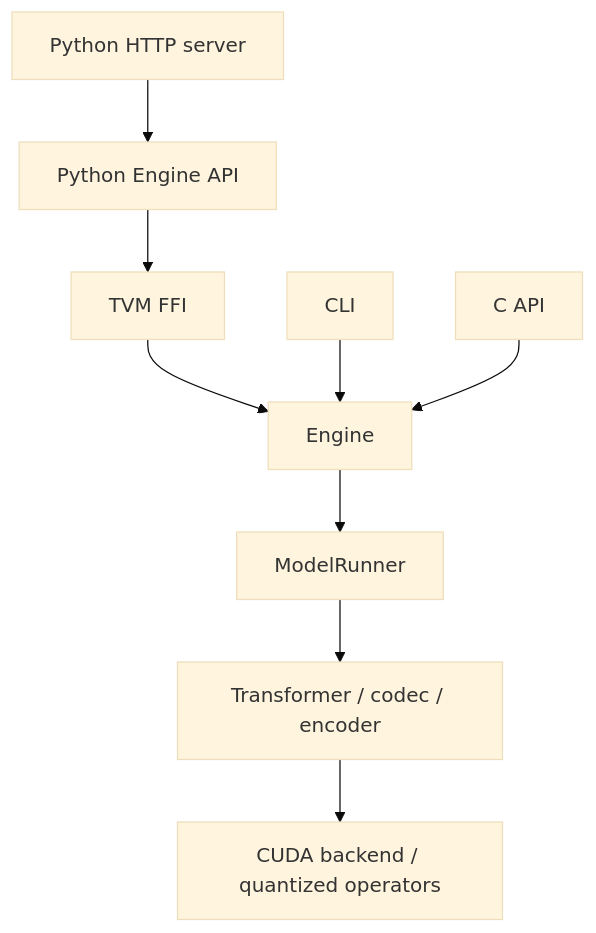
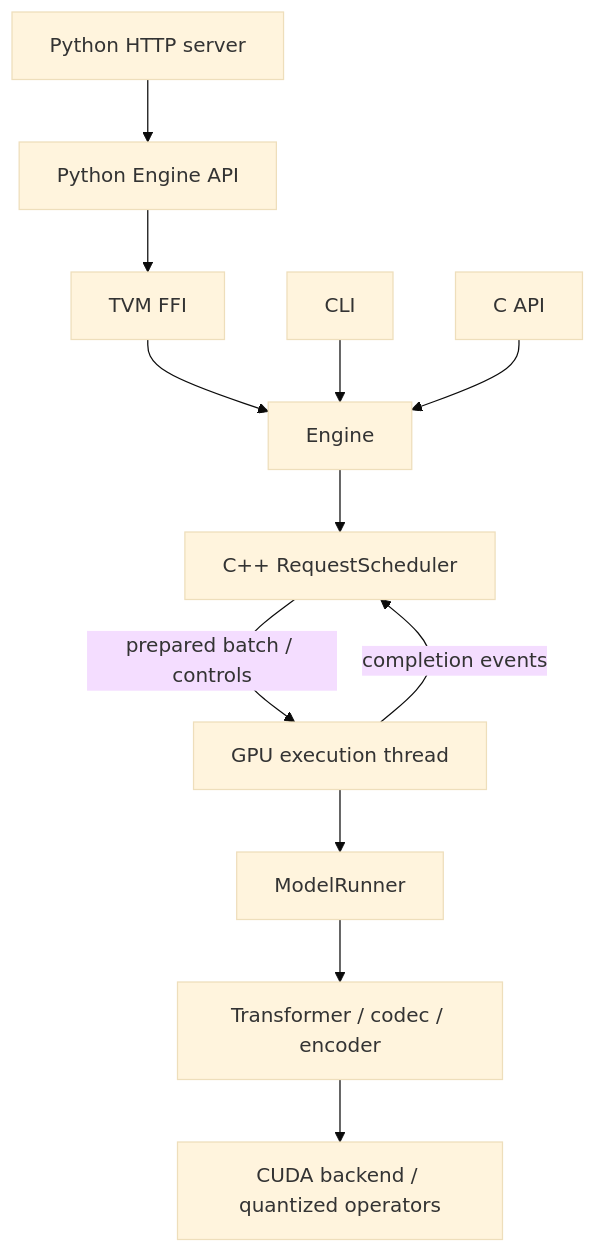
The diagram in docs/DESIGN.md (wejoncy/breeze_tts_cpp), drawn with Mermaid (base theme) before and after one commit. The commit also changed other lines of this file and 236 other files, not shown here.

````diff
--- a/docs/DESIGN.md
+++ b/docs/DESIGN.md
@@ -7,11 +7,14 @@
 ```mermaid
 flowchart TD
     HTTP[Python HTTP server] --> Python[Python Engine API]
     Python --> FFI[TVM FFI]
     FFI --> Engine
     CLI --> Engine
     CAPI[C API] --> Engine
-    Engine --> Runner[ModelRunner]
+    Engine --> Scheduler[C++ RequestScheduler]
+    Scheduler -->|prepared batch / controls| Executor[GPU execution thread]
+    Executor -->|completion events| Scheduler
+    Executor --> Runner[ModelRunner]
     Runner --> Model[Transformer / codec / encoder]
     Model --> Backend[CUDA backend / quantized operators]
 ```
````
